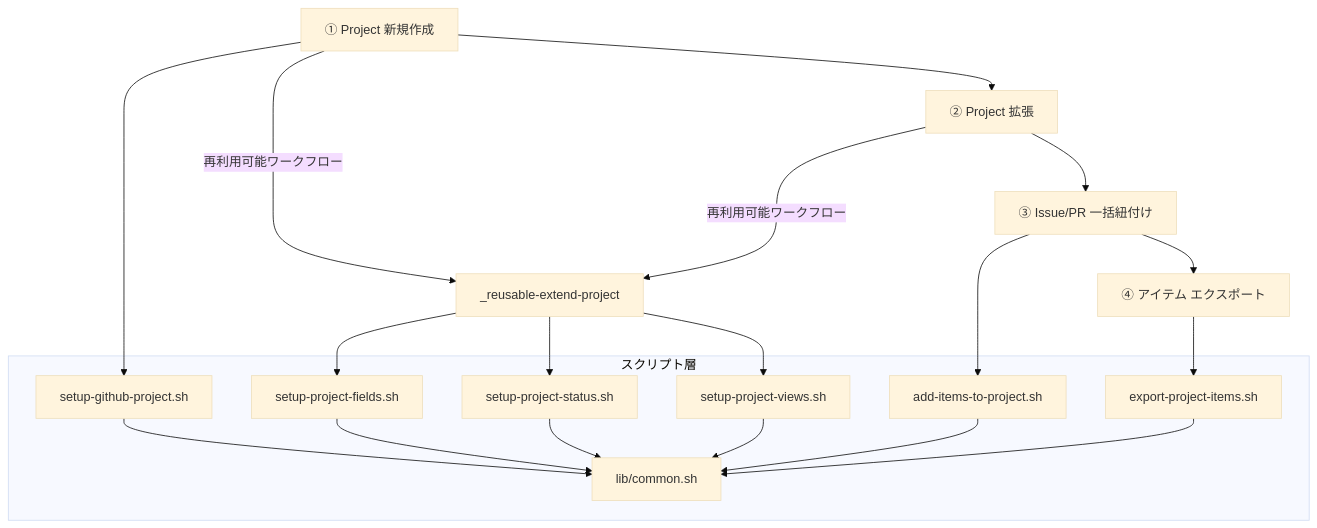
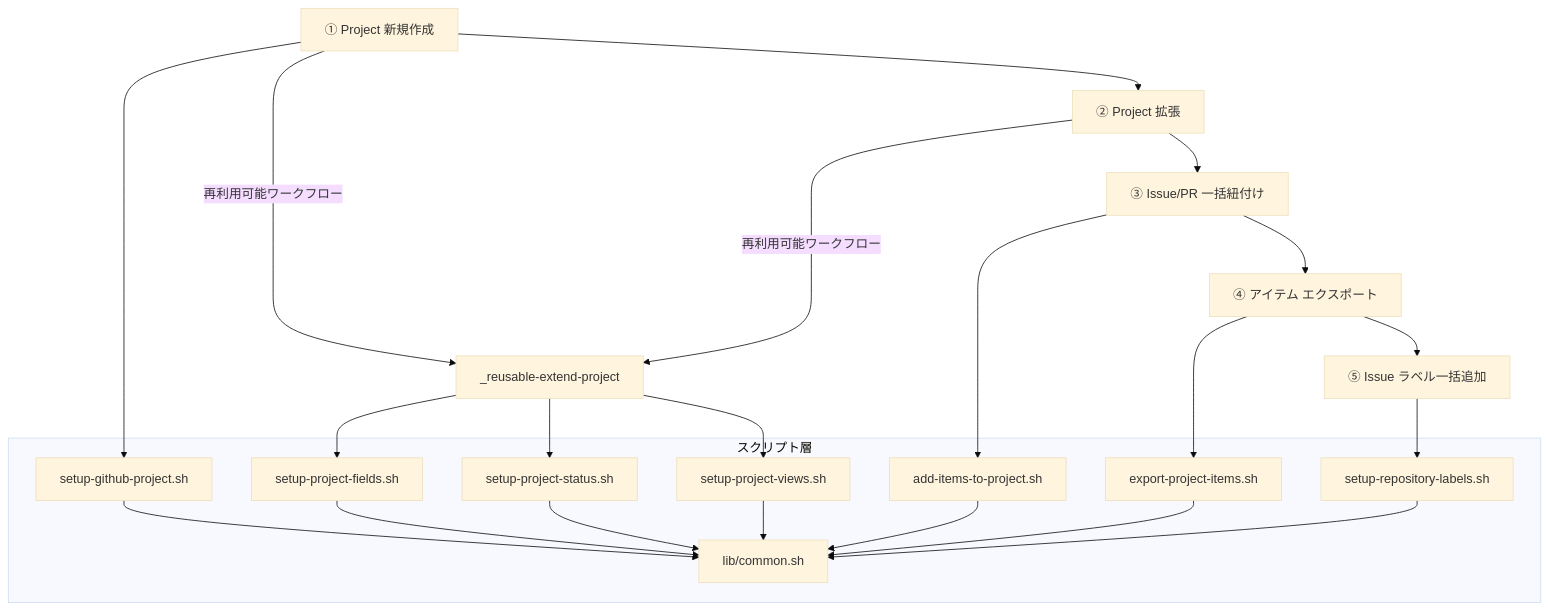
One commit to lurest-inc/github-projects-ops-kit changed the diagram in docs/developers.md. Above: the diagram before and after it, drawn with Mermaid (base theme). The commit also changed other lines of this file and 6 other files, not shown here.

````diff
--- a/docs/developers.md
+++ b/docs/developers.md
@@ -10,27 +10,30 @@
 ```mermaid
 flowchart TD
     A["① Project 新規作成"] --> B["② Project 拡張"]
     B --> C["③ Issue/PR 一括紐付け"]
     C --> D["④ アイテム エクスポート"]
+    D --> E["⑤ Issue ラベル一括追加"]
 
     A -- "再利用可能ワークフロー" --> R["_reusable-extend-project"]
     B -- "再利用可能ワークフロー" --> R
 
     subgraph scripts ["スクリプト層"]
         S1["setup-github-project.sh"]
         S2["setup-project-fields.sh"]
         S3["setup-project-status.sh"]
         S4["setup-project-views.sh"]
         S5["add-items-to-project.sh"]
         S6["export-project-items.sh"]
+        S7["setup-repository-labels.sh"]
         SL["lib/common.sh"]
     end
 
     A --> S1
     R --> S2
     R --> S3
     R --> S4
     C --> S5
     D --> S6
-    S1 & S2 & S3 & S4 & S5 & S6 --> SL
+    E --> S7
+    S1 & S2 & S3 & S4 & S5 & S6 & S7 --> SL
 ```
````
